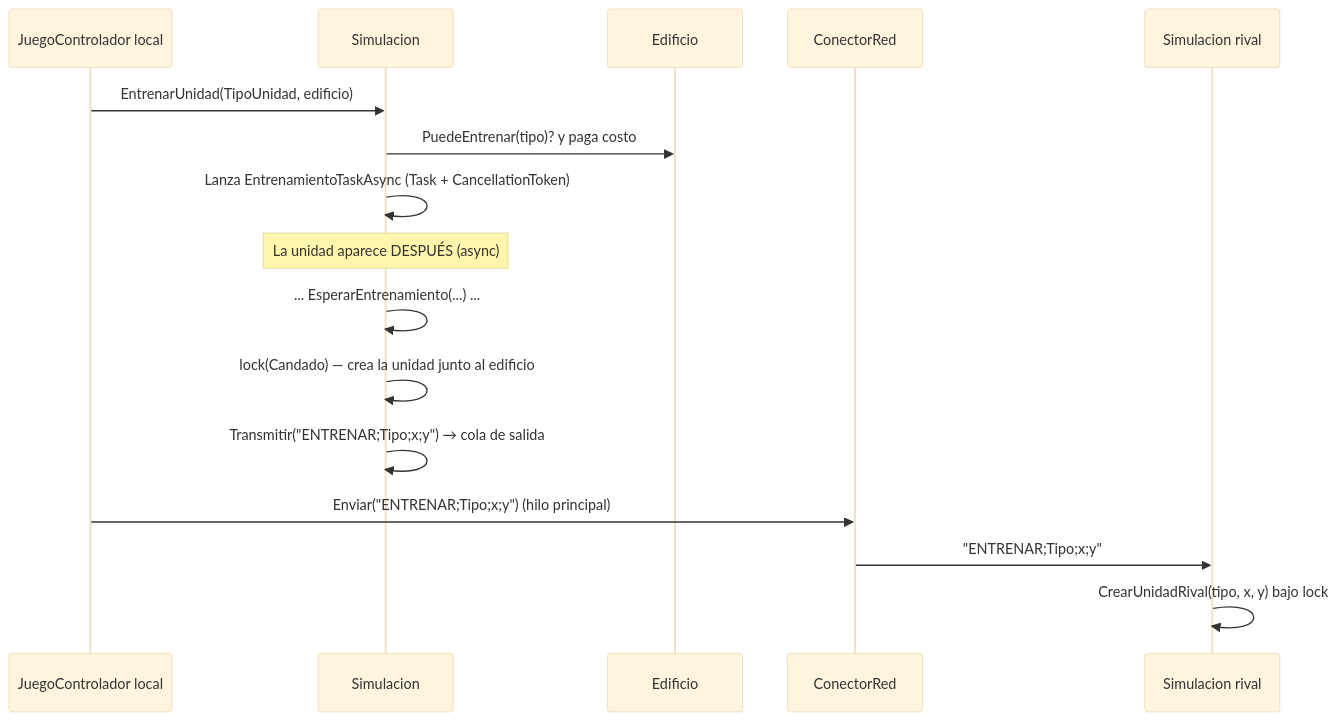
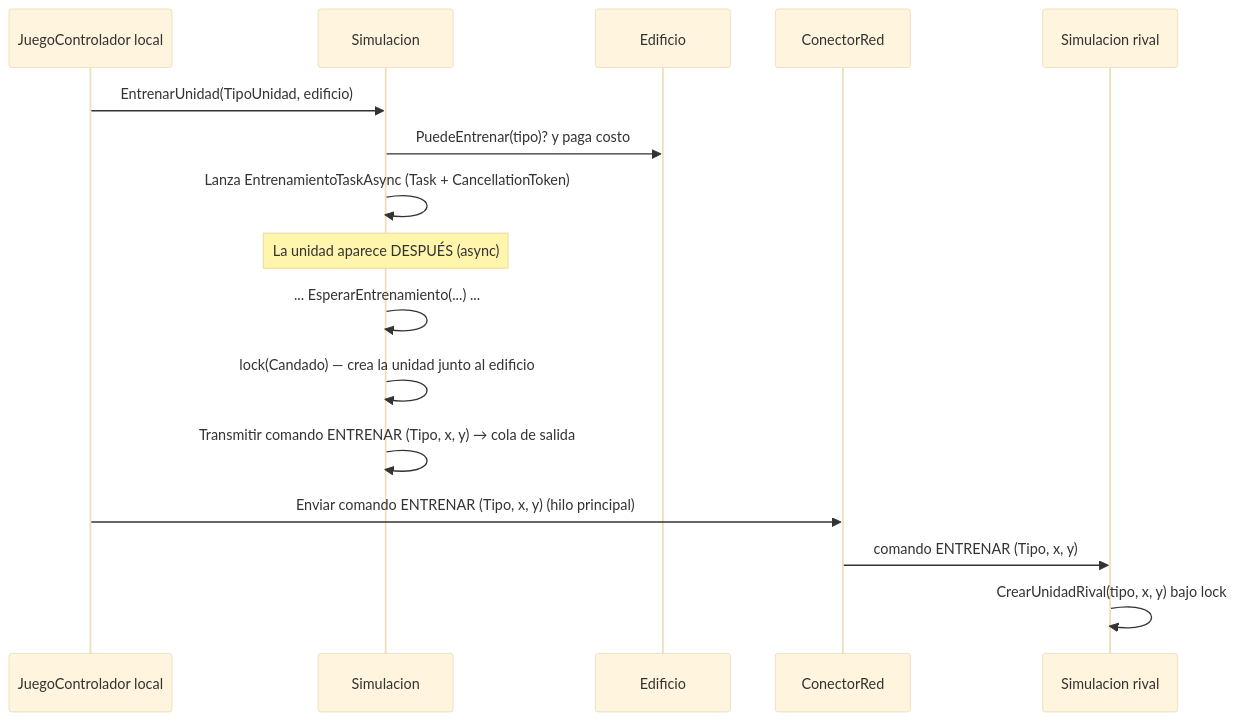
One commit to bardock7238/RTS-Academico changed the sixth of 10 diagrams in DOCUMENTACION.md. Above: the diagram before and after it, drawn with Mermaid (base theme). The commit also changed other lines of this file, not shown here.

Commit message:
docs(proyecto): evitar entidades HTML en diagramas de secuencia

````diff
--- a/DOCUMENTACION.md
+++ b/DOCUMENTACION.md
@@ -472,19 +474,19 @@
 ```mermaid
 sequenceDiagram
     participant C as JuegoControlador local
     participant S as Simulacion
     participant E as Edificio
     participant CR as ConectorRed
     participant S2 as Simulacion rival
 
     C->>S: EntrenarUnidad(TipoUnidad, edificio)
     S->>E: PuedeEntrenar(tipo)? y paga costo
     S->>S: Lanza EntrenamientoTaskAsync (Task + CancellationToken)
     Note over S: La unidad aparece DESPUÉS (async)
     S->>S: ... EsperarEntrenamiento(...) ...
     S->>S: lock(Candado) — crea la unidad junto al edificio
-    S->>S: Transmitir("ENTRENAR#59;Tipo#59;x#59;y") → cola de salida
-    C->>CR: Enviar("ENTRENAR#59;Tipo#59;x#59;y") (hilo principal)
-    CR->>S2: "ENTRENAR#59;Tipo#59;x#59;y"
+    S->>S: Transmitir comando ENTRENAR (Tipo, x, y) → cola de salida
+    C->>CR: Enviar comando ENTRENAR (Tipo, x, y) (hilo principal)
+    CR->>S2: comando ENTRENAR (Tipo, x, y)
     S2->>S2: CrearUnidadRival(tipo, x, y) bajo lock
 ```
````
